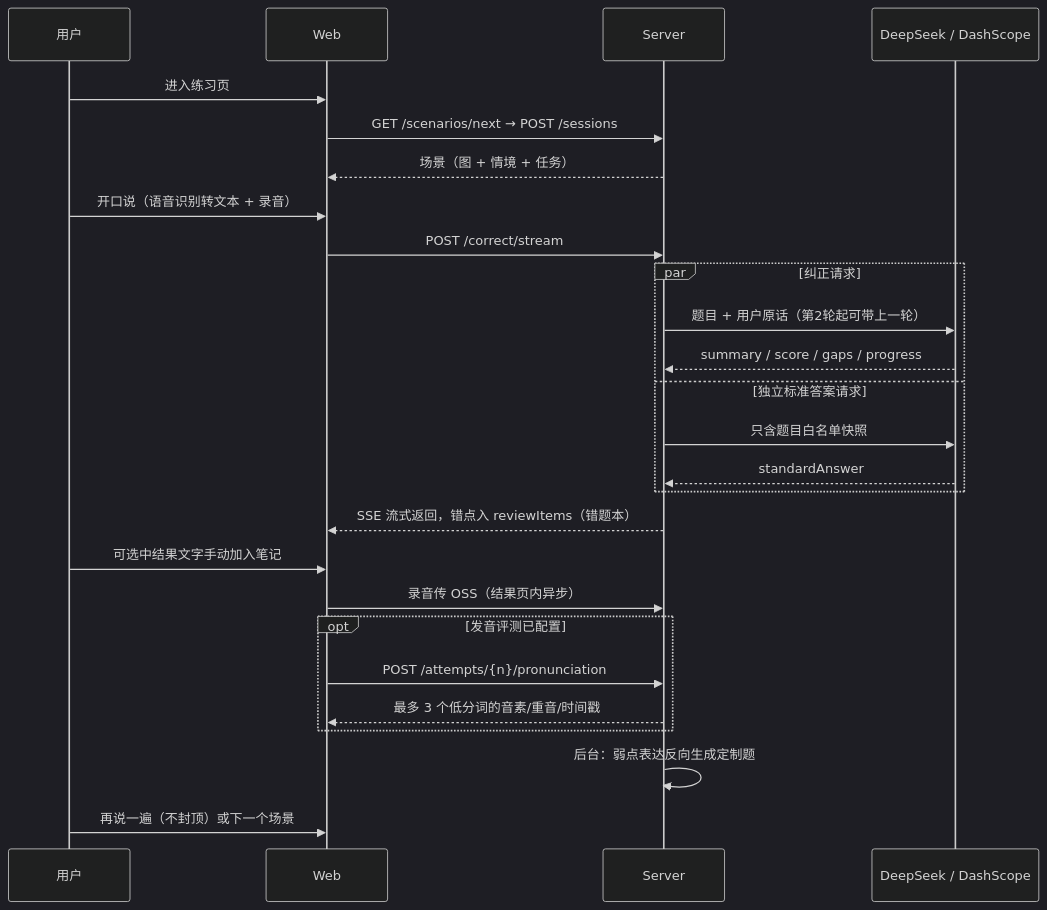
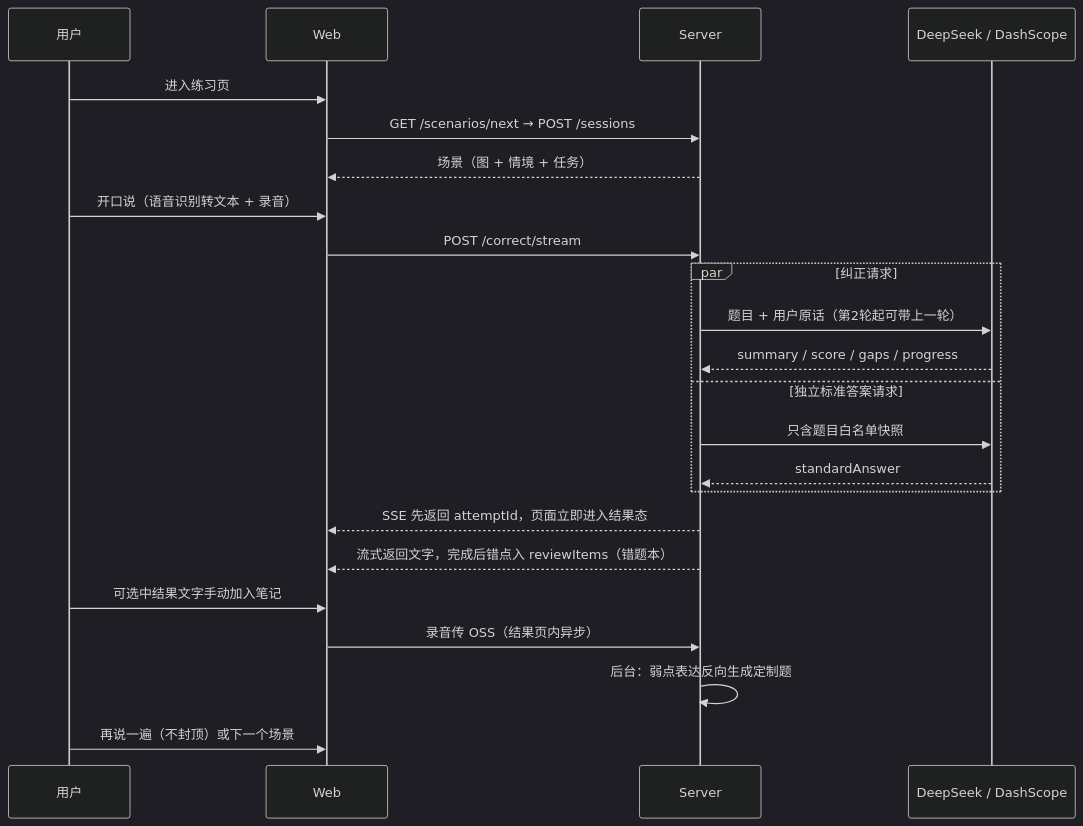
Before and after one commit to makewheels/speakup: the second of 2 diagrams in docs/README.md, drawn with Mermaid (dark theme). The commit also changed other lines of this file and 114 other files, not shown here.

````diff
--- a/docs/README.md
+++ b/docs/README.md
@@ -101,28 +103,25 @@
 ```mermaid
 sequenceDiagram
     participant U as 用户
     participant W as Web
     participant S as Server
     participant Q as DeepSeek / DashScope
     U->>W: 进入练习页
     W->>S: GET /scenarios/next → POST /sessions
     S-->>W: 场景（图 + 情境 + 任务）
     U->>W: 开口说（语音识别转文本 + 录音）
     W->>S: POST /correct/stream
     par 纠正请求
         S->>Q: 题目 + 用户原话（第2轮起可带上一轮）
         Q-->>S: summary / score / gaps / progress
     and 独立标准答案请求
         S->>Q: 只含题目白名单快照
         Q-->>S: standardAnswer
     end
-    S-->>W: SSE 流式返回，错点入 reviewItems（错题本）
+    S-->>W: SSE 先返回 attemptId，页面立即进入结果态
+    S-->>W: 流式返回文字，完成后错点入 reviewItems（错题本）
     U->>W: 可选中结果文字手动加入笔记
     W->>S: 录音传 OSS（结果页内异步）
-    opt 发音评测已配置
-        W->>S: POST /attempts/{n}/pronunciation
-        S-->>W: 最多 3 个低分词的音素/重音/时间戳
-    end
     S->>S: 后台：弱点表达反向生成定制题
     U->>W: 再说一遍（不封顶）或下一个场景
 ```
````
